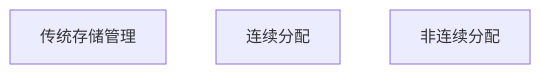
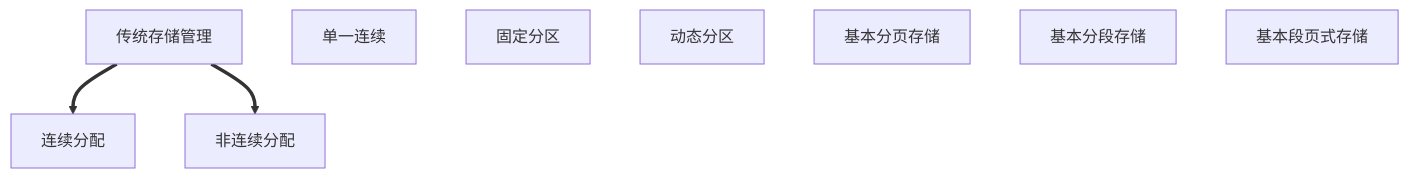
One commit to MW-S/markdown changed the diagram in learn/408/操作系统/第三章-内存管理.md. Above: the diagram before and after it, drawn with Mermaid. The commit also changed other lines of this file, not shown here.

````diff
--- a/learn/408/操作系统/第三章-内存管理.md
+++ b/learn/408/操作系统/第三章-内存管理.md
@@ -108,9 +108,14 @@
 ```mermaid
 graph TD
 A[传统存储管理]
 B[连续分配]
 C[非连续分配]
-
-
-
+B1[单一连续]
+B2[固定分区]
+B3[动态分区]
+C1[基本分页存储]
+C2[基本分段存储]
+C3[基本段页式存储]
+A==>B
+A==>C
 ```
````
